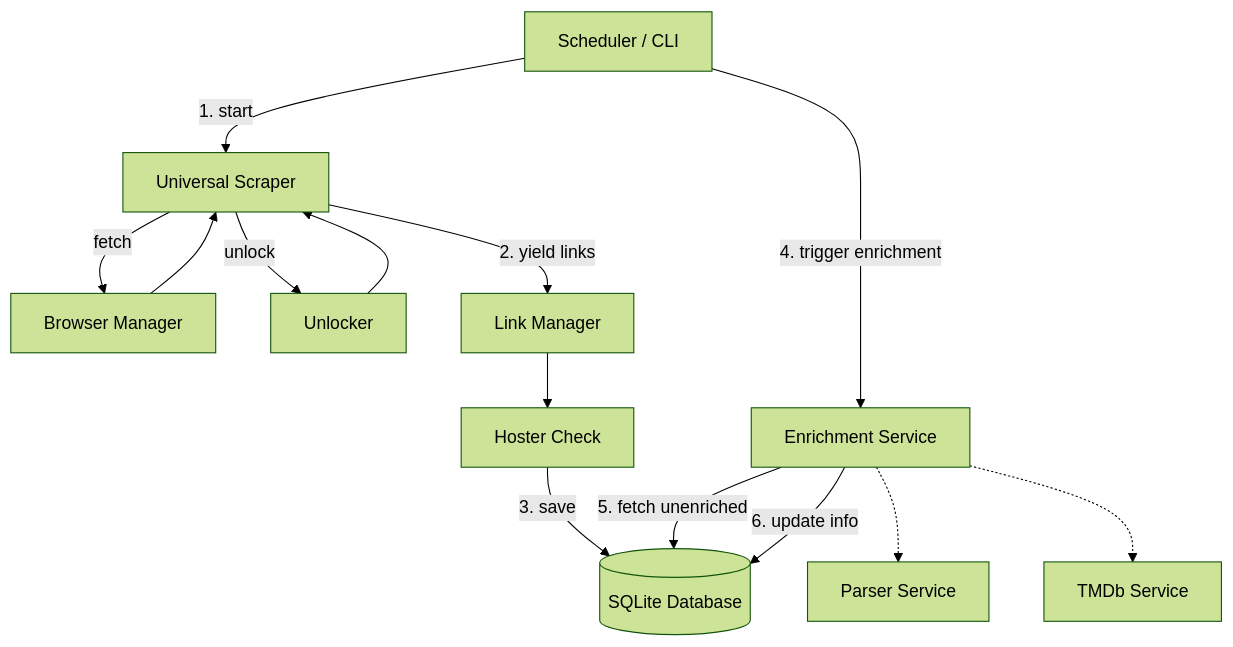
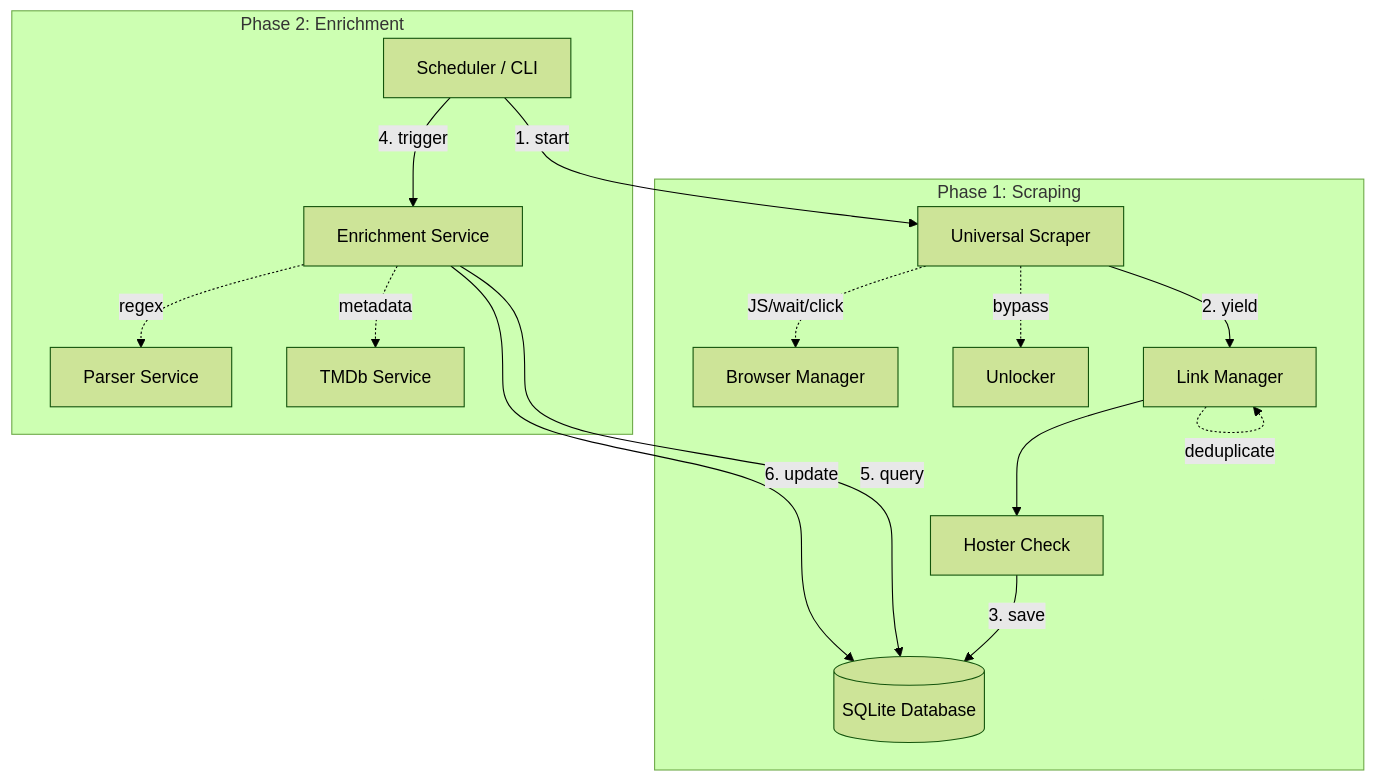
One commit to dmachard/DDL-tower changed the first of 2 diagrams in README.md. Above: the diagram before and after it, drawn with Mermaid (forest theme). The commit also changed other lines of this file, not shown here.

Commit message:
docs: update workflow architecture diagrams and comment out template source configurations in config.yaml

````diff
--- a/README.md
+++ b/README.md
@@ -238,20 +238,21 @@
 ```mermaid
 graph TD
     SCH[Scheduler / CLI] -->|1. start| SCR[Universal Scraper]
     
-    SCR -->|fetch| BRW[Browser Manager]
-    BRW --> SCR
-    
-    SCR -->|unlock| UNL[Unlocker]
-    UNL --> SCR
-    
-    SCR -- "2. yield links" --> LNK[Link Manager]
-    LNK --> HST[Hoster Check]
-    HST -->|3. save| DB[(SQLite Database)]
+    subgraph "Phase 1: Scraping"
+        SCR -.->|JS/wait/click| BRW[Browser Manager]
+        SCR -.->|bypass| UNL[Unlocker]
+        SCR -- "2. yield" --> LNK[Link Manager]
+        LNK -.->|deduplicate| LNK
+        LNK --> HST[Hoster Check]
+        HST -->|3. save| DB[(SQLite Database)]
+    end
 
-    SCH -->|4. trigger enrichment| ENR[Enrichment Service]
-    ENR -- "5. fetch unenriched" --> DB
-    ENR -.-> PRS[Parser Service]
-    ENR -.-> TMDB[TMDb Service]
-    ENR -- "6. update info" --> DB
+    subgraph "Phase 2: Enrichment"
+        SCH -->|4. trigger| ENR[Enrichment Service]
+        ENR -- "5. query" --> DB
+        ENR -.->|regex| PRS[Parser Service]
+        ENR -.->|metadata| TMDB[TMDb Service]
+        ENR -- "6. update" --> DB
+    end
 ```
````
